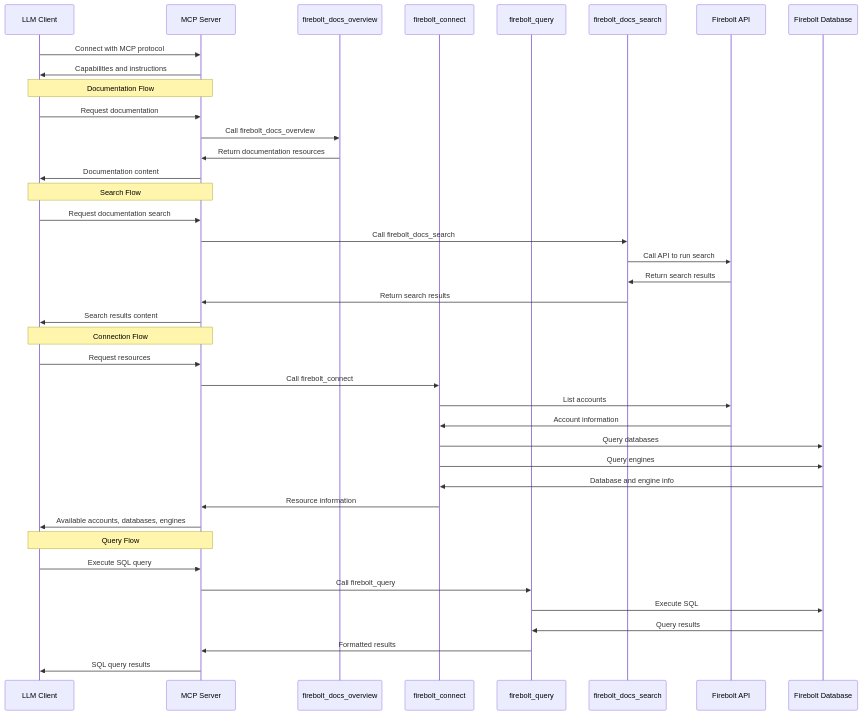
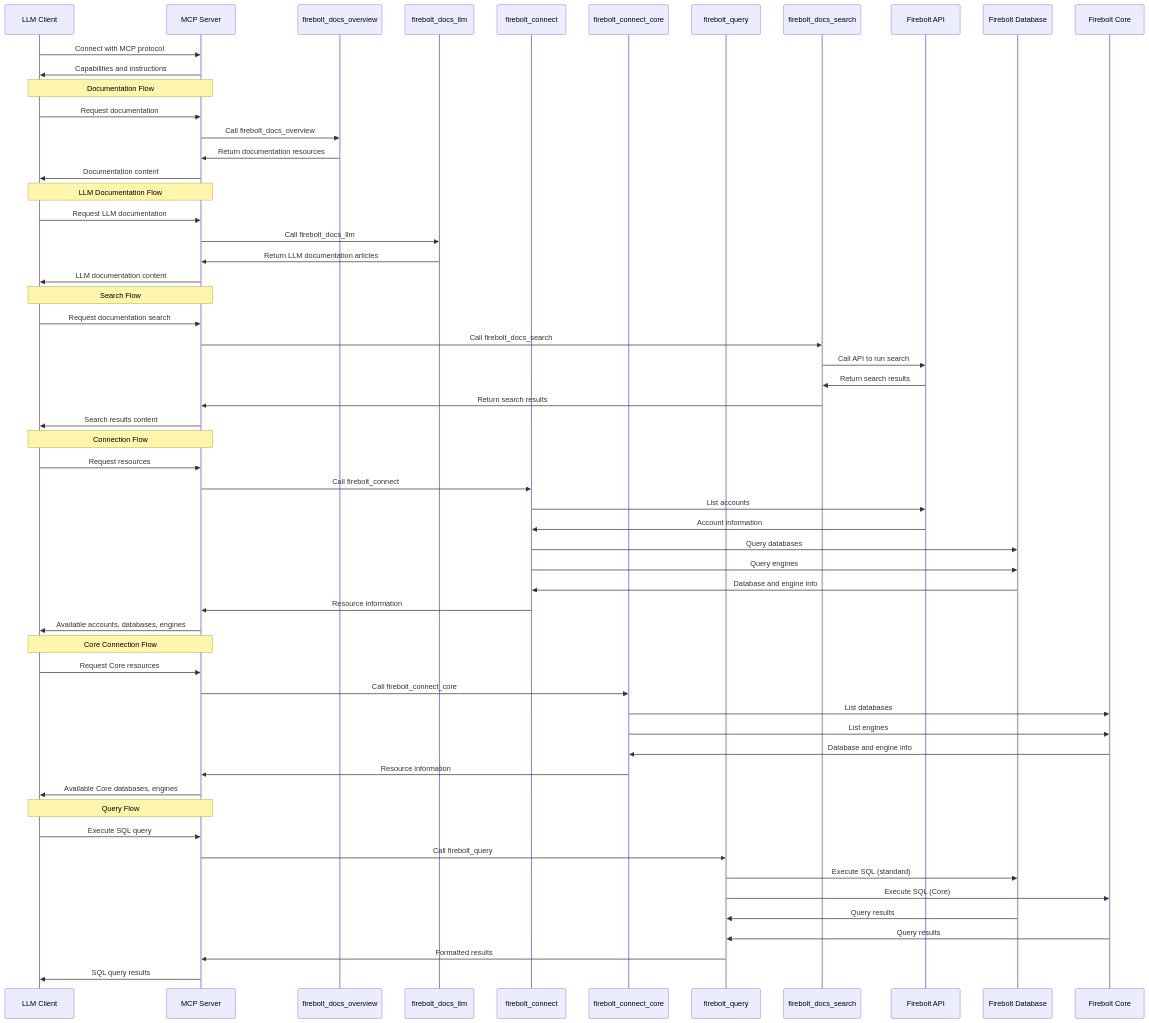
Before and after one commit to firebolt-db/mcp-server: the second of 3 diagrams in docs/overview.md, drawn with Mermaid. The commit also changed other lines of this file and 29 other files, not shown here.

First line of the commit message:
feat: support Firebolt Core in MCP server (#59)

````diff
--- a/docs/overview.md
+++ b/docs/overview.md
@@ -140,47 +168,67 @@
 ```mermaid
 sequenceDiagram
     participant LLM as LLM Client
     participant Server as MCP Server
     participant Docs as firebolt_docs_overview
+    participant DocsLLM as firebolt_docs_llm
     participant Connect as firebolt_connect
+    participant ConnectCore as firebolt_connect_core
     participant Query as firebolt_query
     participant Search as firebolt_docs_search
     participant FireboltAPI as Firebolt API
     participant FireboltDB as Firebolt Database
+    participant FireboltCore as Firebolt Core
 
     LLM->>Server: Connect with MCP protocol
     Server->>LLM: Capabilities and instructions
     
     Note over LLM, Server: Documentation Flow
     LLM->>Server: Request documentation
     Server->>Docs: Call firebolt_docs_overview
     Docs->>Server: Return documentation resources
     Server->>LLM: Documentation content
+
+    Note over LLM, Server: LLM Documentation Flow
+    LLM->>Server: Request LLM documentation
+    Server->>DocsLLM: Call firebolt_docs_llm
+    DocsLLM->>Server: Return LLM documentation articles
+    Server->>LLM: LLM documentation content
     
     Note over LLM, Server: Search Flow
     LLM->>Server: Request documentation search
     Server->>Search: Call firebolt_docs_search
     Search->>FireboltAPI: Call API to run search
     FireboltAPI->>Search: Return search results
     Search->>Server: Return search results
     Server->>LLM: Search results content
     
     Note over LLM, Server: Connection Flow
     LLM->>Server: Request resources
     Server->>Connect: Call firebolt_connect
     Connect->>FireboltAPI: List accounts
     FireboltAPI->>Connect: Account information
     Connect->>FireboltDB: Query databases
     Connect->>FireboltDB: Query engines
     FireboltDB->>Connect: Database and engine info
     Connect->>Server: Resource information
     Server->>LLM: Available accounts, databases, engines
+
+    Note over LLM, Server: Core Connection Flow
+    LLM->>Server: Request Core resources
+    Server->>ConnectCore: Call firebolt_connect_core
+    ConnectCore->>FireboltCore: List databases
+    ConnectCore->>FireboltCore: List engines
+    FireboltCore->>ConnectCore: Database and engine info
+    ConnectCore->>Server: Resource information
+    Server->>LLM: Available Core databases, engines
     
     Note over LLM, Server: Query Flow
     LLM->>Server: Execute SQL query
     Server->>Query: Call firebolt_query
-    Query->>FireboltDB: Execute SQL
+    Query->>FireboltDB: Execute SQL (standard)
+    Query->>FireboltCore: Execute SQL (Core)
     FireboltDB->>Query: Query results
+    FireboltCore->>Query: Query results
     Query->>Server: Formatted results
     Server->>LLM: SQL query results
 ```
````
